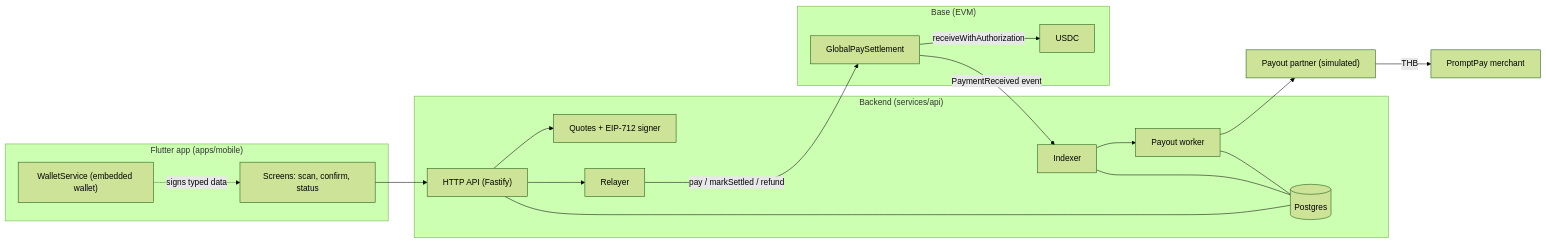
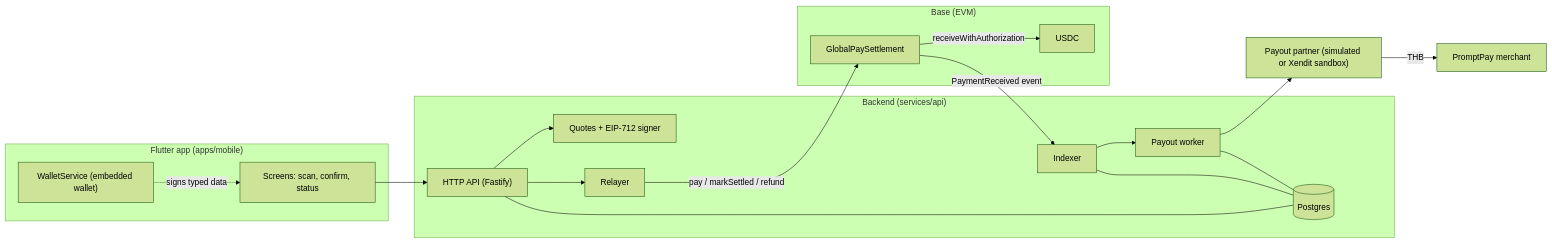
The first of 3 diagrams in docs/architecture.md (aagneye/global-pay), drawn with Mermaid (forest theme) before and after one commit. The commit also changed other lines of this file, not shown here.

Commit message:
docs: bring the architecture up to date

````diff
--- a/docs/architecture.md
+++ b/docs/architecture.md
@@ -18,38 +18,38 @@
 ```mermaid
 flowchart LR
   subgraph Phone["Flutter app (apps/mobile)"]
     UI["Screens: scan, confirm, status"]
     W["WalletService (embedded wallet)"]
   end
 
   subgraph Server["Backend (services/api)"]
     API["HTTP API (Fastify)"]
     Q["Quotes + EIP-712 signer"]
     R["Relayer"]
     I["Indexer"]
     P["Payout worker"]
     DB[("Postgres")]
   end
 
   subgraph Chain["Base (EVM)"]
     S["GlobalPaySettlement"]
     U["USDC"]
   end
 
-  X["Payout partner (simulated)"]
+  X["Payout partner (simulated or Xendit sandbox)"]
   M["PromptPay merchant"]
 
   UI --> API
   W -. "signs typed data" .-> UI
   API --> Q
   API --> R
   R -- "pay / markSettled / refund" --> S
   S -- "receiveWithAuthorization" --> U
   S -- "PaymentReceived event" --> I
   I --> P
   P --> X
   X -- "THB" --> M
   API --- DB
   I --- DB
   P --- DB
 ```
````
